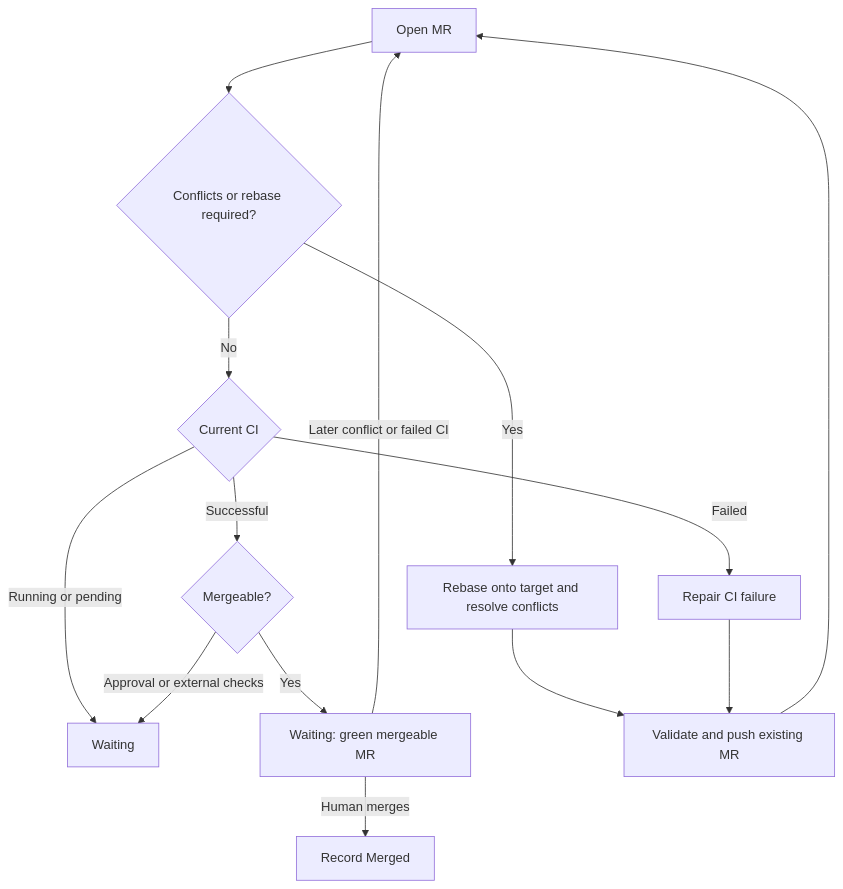
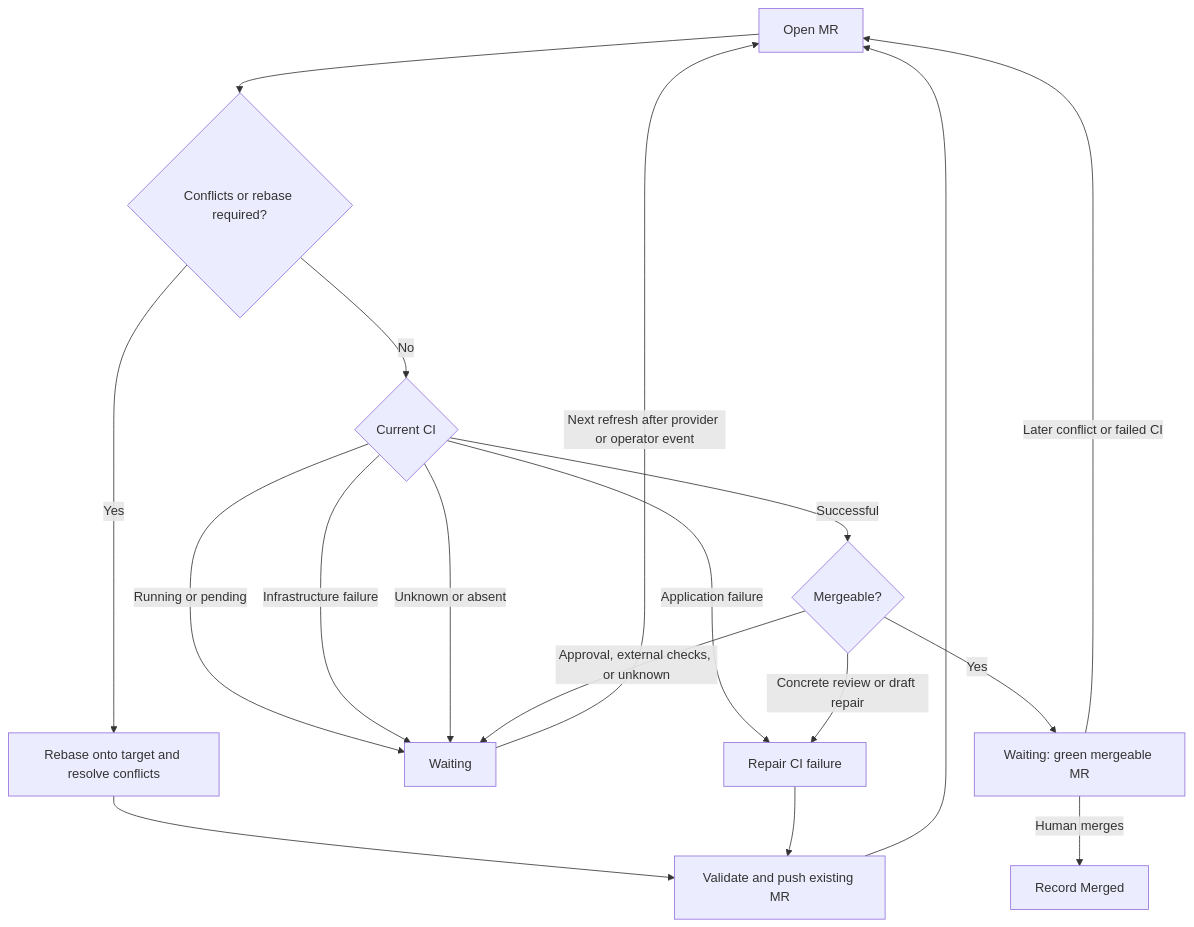
Before and after one commit to omniboard-dev/mcp: the third of 4 diagrams in docs/migration-workflow.md, drawn with Mermaid. The commit also changed other lines of this file and 12 other files, not shown here.

````diff
--- a/docs/migration-workflow.md
+++ b/docs/migration-workflow.md
@@ -84,16 +87,20 @@
 ```mermaid
 flowchart TD
     MR[Open MR] --> Conflict{Conflicts or rebase required?}
     Conflict -- Yes --> Repair[Rebase onto target and resolve conflicts]
     Conflict -- No --> CI{Current CI}
     CI -- Running or pending --> Wait[Waiting]
-    CI -- Failed --> Fix[Repair CI failure]
+    CI -- Application failure --> Fix[Repair CI failure]
+    CI -- Infrastructure failure --> Wait
+    CI -- Unknown or absent --> Wait
     CI -- Successful --> Ready{Mergeable?}
     Ready -- Yes --> Green[Waiting: green mergeable MR]
-    Ready -- Approval or external checks --> Wait
+    Ready -- Concrete review or draft repair --> Fix
+    Ready -- Approval, external checks, or unknown --> Wait
     Repair --> Verify[Validate and push existing MR]
     Fix --> Verify
     Verify --> MR
+    Wait -- Next refresh after provider or operator event --> MR
     Green -- Later conflict or failed CI --> MR
     Green -- Human merges --> Complete[Record Merged]
 ```
````
